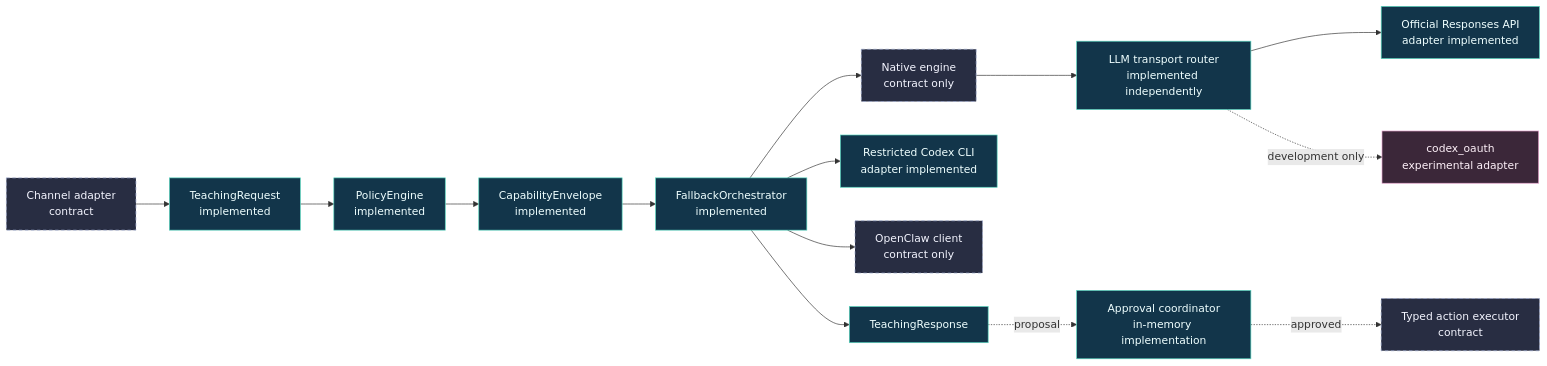
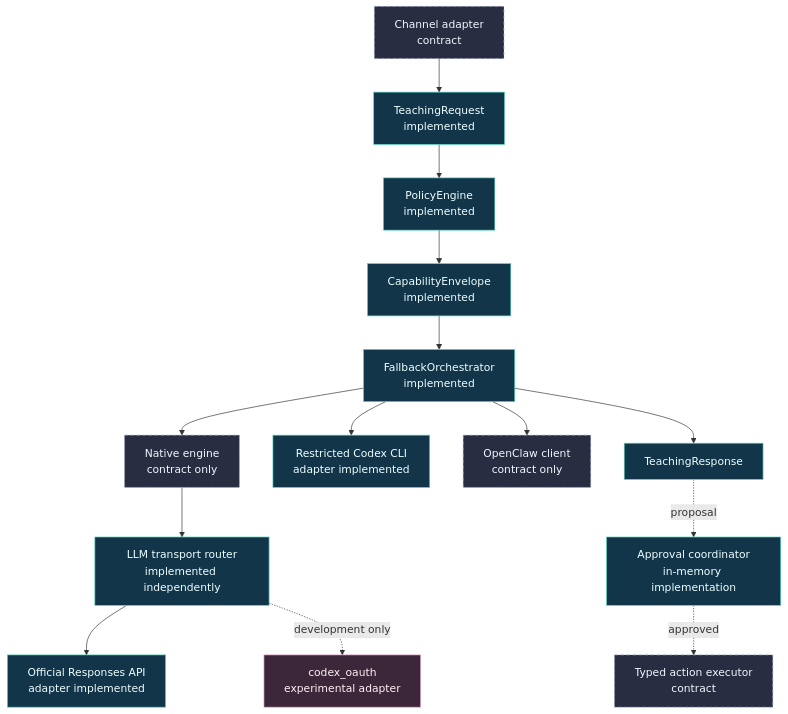
One commit to zeron-G/VTA changed the diagram in README.md. Above: the diagram before and after it, drawn with Mermaid. The commit also changed 1 other file, not shown here.

Commit message:
improve rendered architecture readability

````diff
--- a/README.md
+++ b/README.md
@@ -64,26 +64,26 @@
 ```mermaid
-flowchart LR
+flowchart TB
     CH["Channel adapter<br/>contract"] --> RQ["TeachingRequest<br/>implemented"]
     RQ --> PE["PolicyEngine<br/>implemented"]
     PE --> CE["CapabilityEnvelope<br/>implemented"]
     CE --> FO["FallbackOrchestrator<br/>implemented"]
 
     FO --> NA["Native engine<br/>contract only"]
     FO --> CX["Restricted Codex CLI<br/>adapter implemented"]
     FO --> OC["OpenClaw client<br/>contract only"]
 
     NA --> LR["LLM transport router<br/>implemented independently"]
     LR --> API["Official Responses API<br/>adapter implemented"]
     LR -. development only .-> OA["codex_oauth<br/>experimental adapter"]
 
     FO --> RS["TeachingResponse"]
     RS -. proposal .-> AP["Approval coordinator<br/>in-memory implementation"]
     AP -. approved .-> EX["Typed action executor<br/>contract"]
 
     classDef implemented fill:#12354a,stroke:#55d6be,color:#efffff;
     classDef contract fill:#282d42,stroke:#9aa5c9,color:#f4f5ff,stroke-dasharray:5 4;
     classDef compatibility fill:#3b2739,stroke:#e7a6cf,color:#fff2fa;
     class RQ,PE,CE,FO,CX,LR,API,RS,AP implemented;
     class CH,NA,OC,EX contract;
     class OA compatibility;
 ```
````
